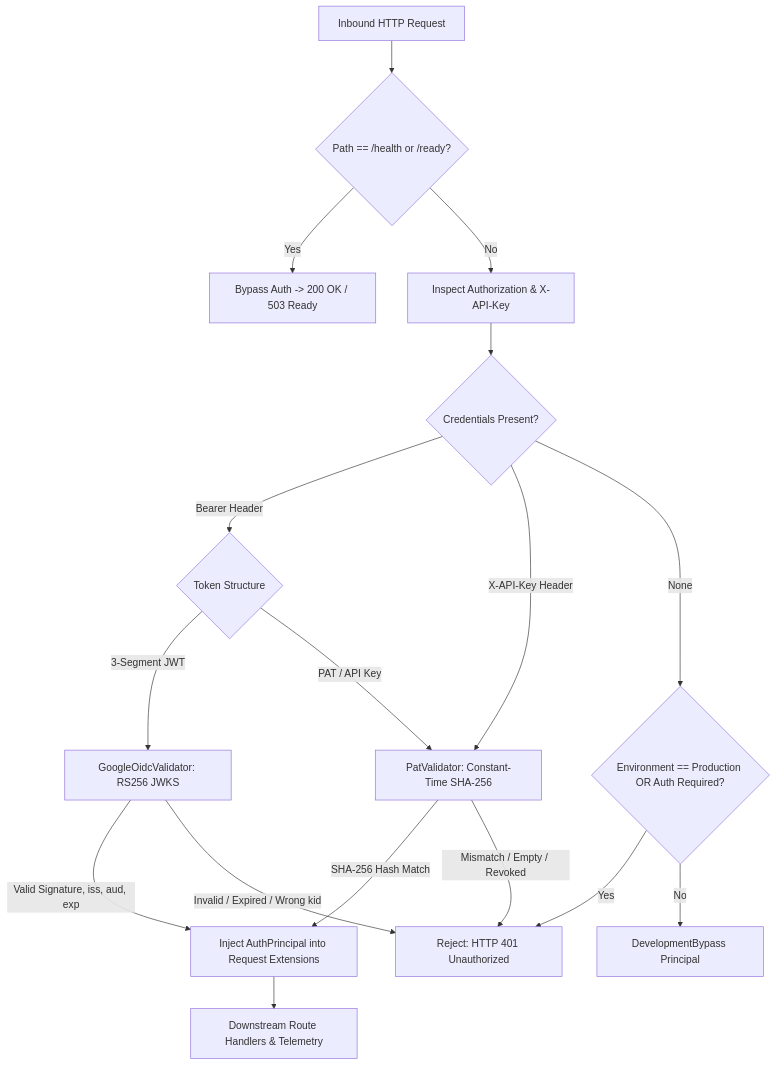
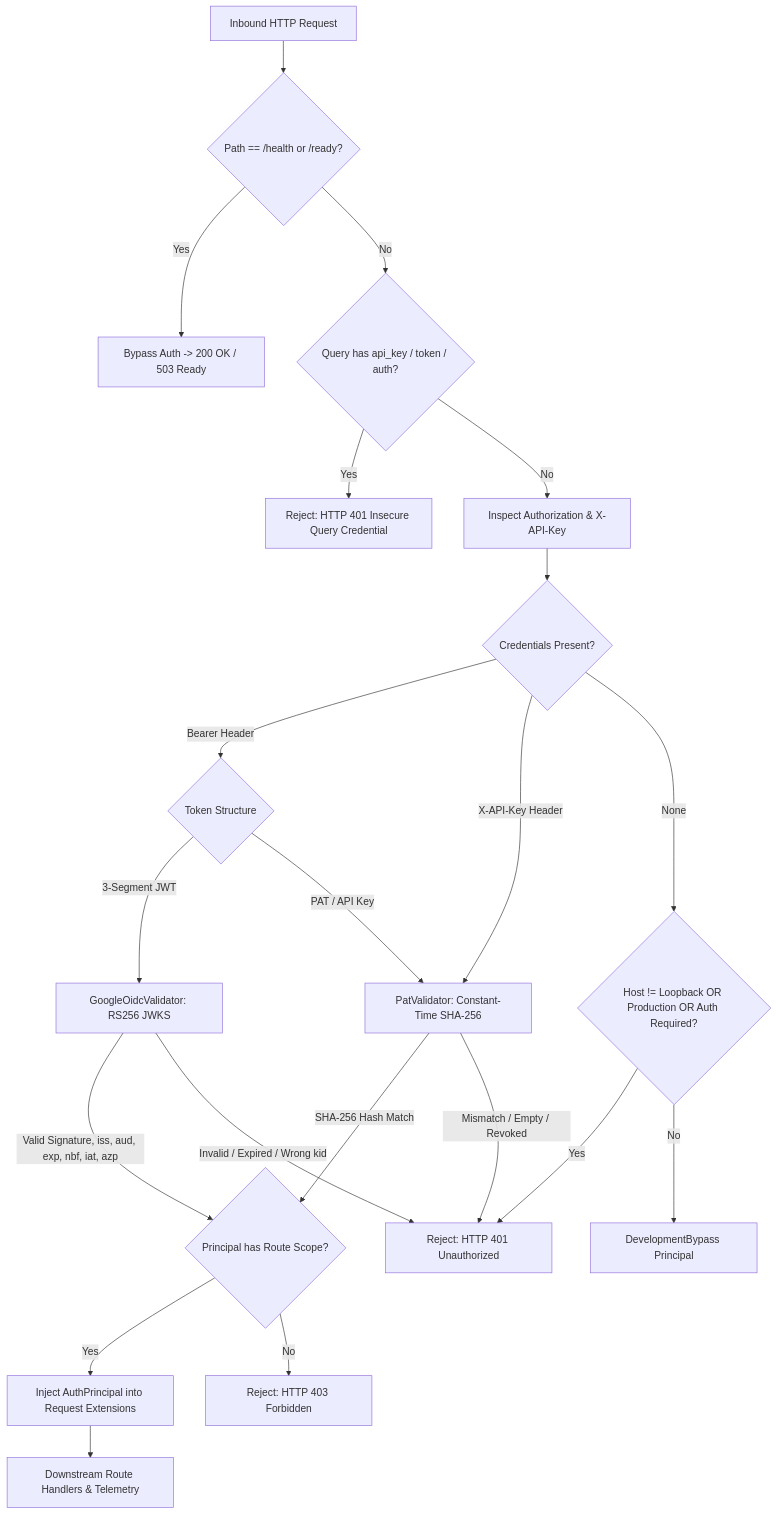
Before and after one commit to ateebanwar/RUST_backend: the seventh of 7 diagrams in ARCHITECTURE.md, drawn with Mermaid. The commit also changed other lines of this file and 11 other files, not shown here.

First line of the commit message:
fix(auth): Phase 11 security audit remediation, query credential rejection, scope authorization, and non-loopback bind protection

````diff
--- a/ARCHITECTURE.md
+++ b/ARCHITECTURE.md
@@ -476,25 +476,31 @@
 ```mermaid
 graph TD
     Req[Inbound HTTP Request] --> ProbeCheck{Path == /health or /ready?}
     ProbeCheck -->|Yes| PublicProbe[Bypass Auth -> 200 OK / 503 Ready]
-    ProbeCheck -->|No| HdrInspect[Inspect Authorization & X-API-Key]
+    ProbeCheck -->|No| QueryCheck{Query has api_key / token / auth?}
+
+    QueryCheck -->|Yes| QueryDeny[Reject: HTTP 401 Insecure Query Credential]
+    QueryCheck -->|No| HdrInspect[Inspect Authorization & X-API-Key]
 
     HdrInspect --> CredCheck{Credentials Present?}
     CredCheck -->|Bearer Header| TokenDispatch{Token Structure}
     TokenDispatch -->|3-Segment JWT| OIDC[GoogleOidcValidator: RS256 JWKS]
     TokenDispatch -->|PAT / API Key| PAT[PatValidator: Constant-Time SHA-256]
 
     CredCheck -->|X-API-Key Header| PAT
 
-    CredCheck -->|None| EnvCheck{Environment == Production OR Auth Required?}
-    EnvCheck -->|Yes| Deny[Reject: HTTP 401 Unauthorized]
-    EnvCheck -->|No| DevBypass[DevelopmentBypass Principal]
+    CredCheck -->|None| BindCheck{Host != Loopback OR Production OR Auth Required?}
+    BindCheck -->|Yes| Deny[Reject: HTTP 401 Unauthorized]
+    BindCheck -->|No| DevBypass[DevelopmentBypass Principal]
 
-    OIDC -->|Valid Signature, iss, aud, exp| Success[Inject AuthPrincipal into Request Extensions]
+    OIDC -->|Valid Signature, iss, aud, exp, nbf, iat, azp| ScopeCheck
     OIDC -->|Invalid / Expired / Wrong kid| Deny
 
-    PAT -->|SHA-256 Hash Match| Success
+    PAT -->|SHA-256 Hash Match| ScopeCheck
     PAT -->|Mismatch / Empty / Revoked| Deny
+
+    ScopeCheck{Principal has Route Scope?} -->|Yes| Success[Inject AuthPrincipal into Request Extensions]
+    ScopeCheck -->|No| Forbidden[Reject: HTTP 403 Forbidden]
 
     Success --> Downstream[Downstream Route Handlers & Telemetry]
 ```
````
